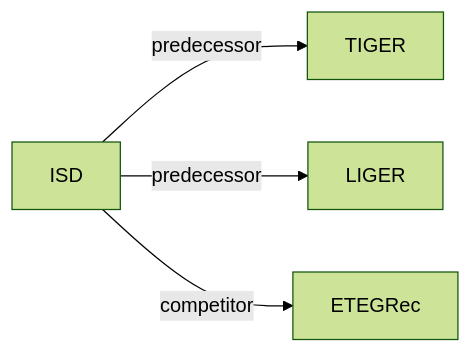
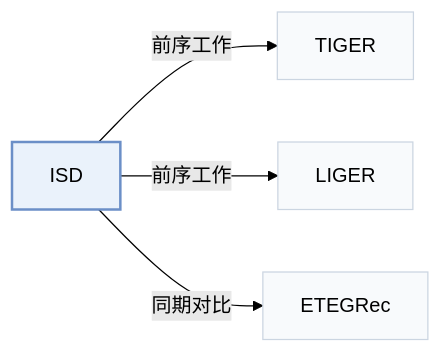
One commit to Galaxy-ghost/Awesome-SID-Generative-Rec changed the second of 2 diagrams in pages/zh/papers/isd.md. Above: the diagram before and after it, drawn with Mermaid (forest theme). The commit also changed other lines of this file and 649 other files, not shown here.

Commit message:
writer-05: also tags and modality index (schema, check, build, visuals); summary field removed; calibration data for 12 papers

````diff
--- a/pages/zh/papers/isd.md
+++ b/pages/zh/papers/isd.md
@@ -66,7 +74,11 @@
 ```mermaid
 flowchart LR
     P["ISD"]
-    P -->|predecessor| A["TIGER"]
-    P -->|predecessor| B["LIGER"]
-    P -->|competitor| C["ETEGRec"]
+    P -->|"前序工作"| A["TIGER"]
+    P -->|"前序工作"| B["LIGER"]
+    P -->|"同期对比"| C["ETEGRec"]
+    classDef main fill:#eaf2fb,stroke:#6b8fc7,stroke-width:2px
+    classDef peer fill:#f8fafc,stroke:#cbd5e1
+    class P main
+    class A,B,C peer
 ```
````
